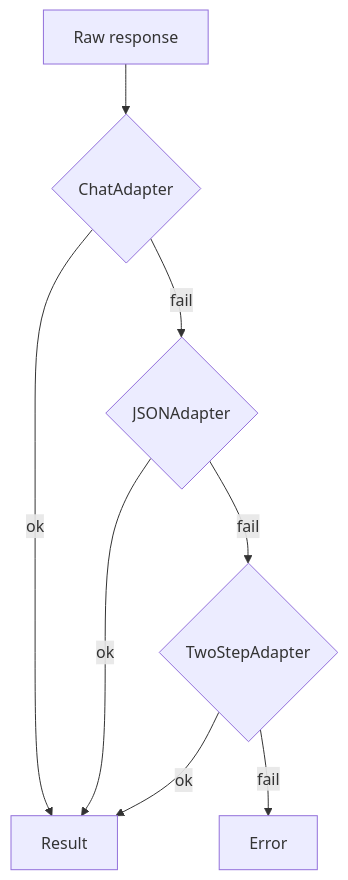
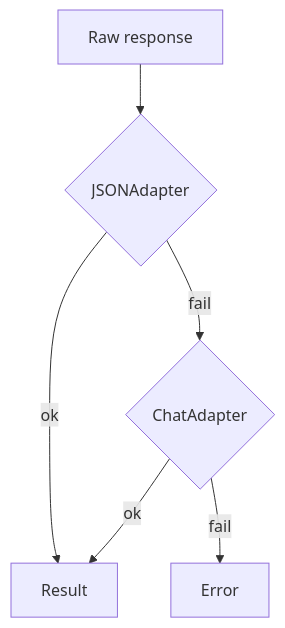
One commit to assagman/dsgo changed the third of 5 diagrams in ARCHITECTURE.md. Above: the diagram before and after it, drawn with Mermaid. The commit also changed other lines of this file and 21 other files, not shown here.

````diff
--- a/ARCHITECTURE.md
+++ b/ARCHITECTURE.md
@@ -81,10 +81,8 @@
 ```mermaid
 graph TD
-  A[Raw response] --> B{ChatAdapter}
+  A[Raw response] --> B{JSONAdapter}
   B -->|ok| R[Result]
-  B -->|fail| C{JSONAdapter}
+  B -->|fail| C{ChatAdapter}
   C -->|ok| R
-  C -->|fail| D{TwoStepAdapter}
-  D -->|ok| R
-  D -->|fail| X[Error]
+  C -->|fail| X[Error]
 ```
````
